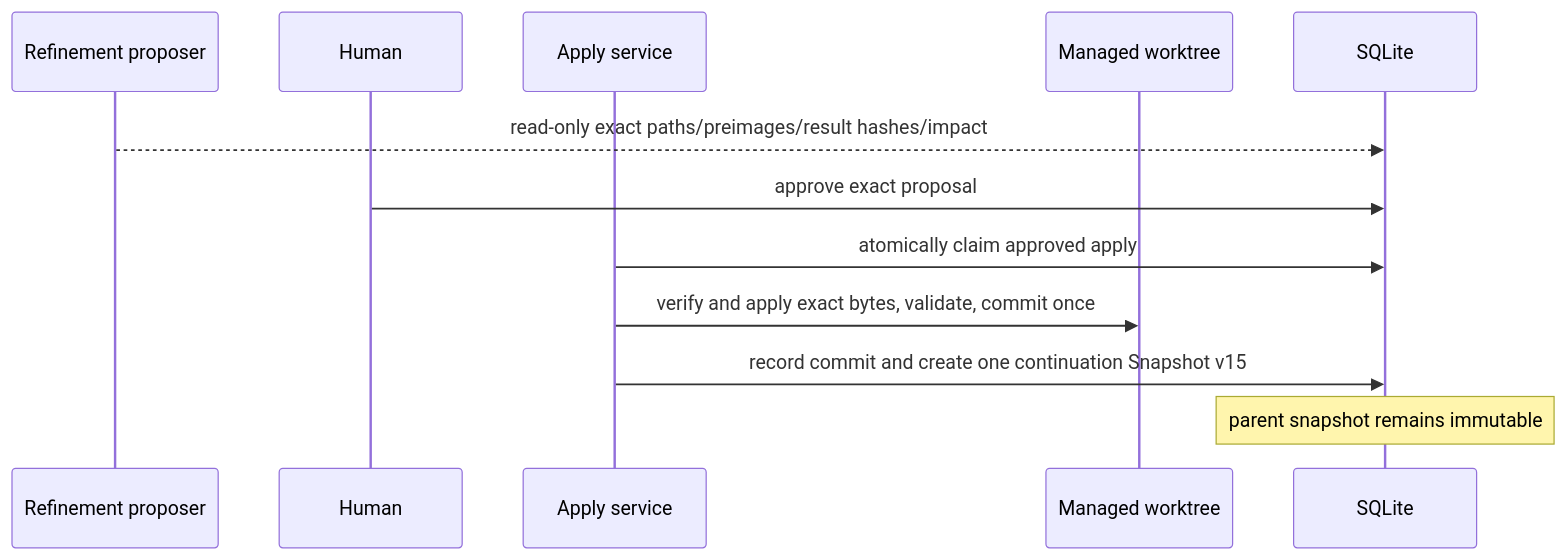
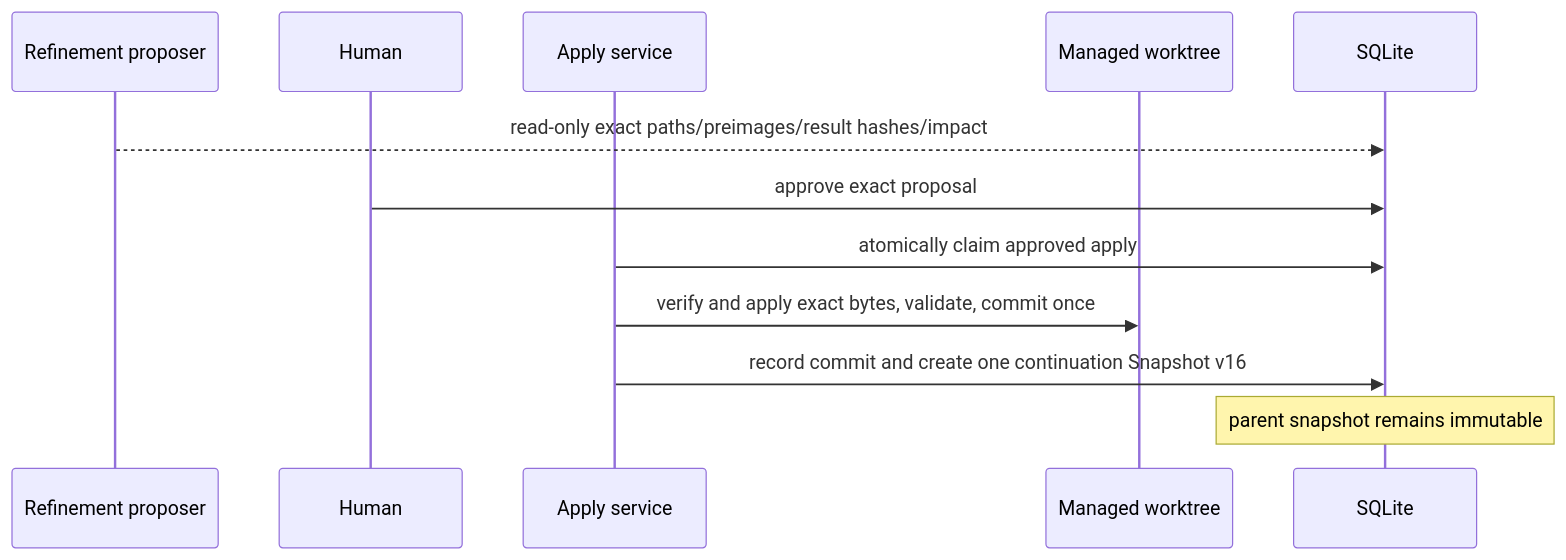
One commit to isinisalo/ballet changed the sixth of 6 diagrams in ARCHITECTURE.md. Above: the diagram before and after it, drawn with Mermaid. The commit also changed other lines of this file and 85 other files, not shown here.

````diff
--- a/ARCHITECTURE.md
+++ b/ARCHITECTURE.md
@@ -143,14 +143,14 @@
 ```mermaid
 sequenceDiagram
   participant P as Refinement proposer
   participant H as Human
   participant A as Apply service
   participant G as Managed worktree
   participant DB as SQLite
   P-->>DB: read-only exact paths/preimages/result hashes/impact
   H->>DB: approve exact proposal
   A->>DB: atomically claim approved apply
   A->>G: verify and apply exact bytes, validate, commit once
-  A->>DB: record commit and create one continuation Snapshot v15
+  A->>DB: record commit and create one continuation Snapshot v16
   Note over DB: parent snapshot remains immutable
 ```
````
